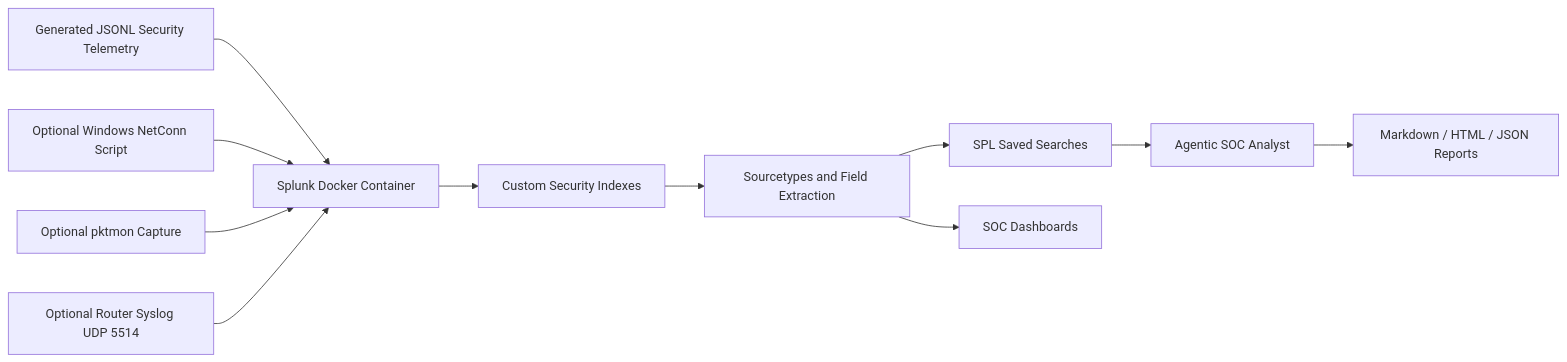
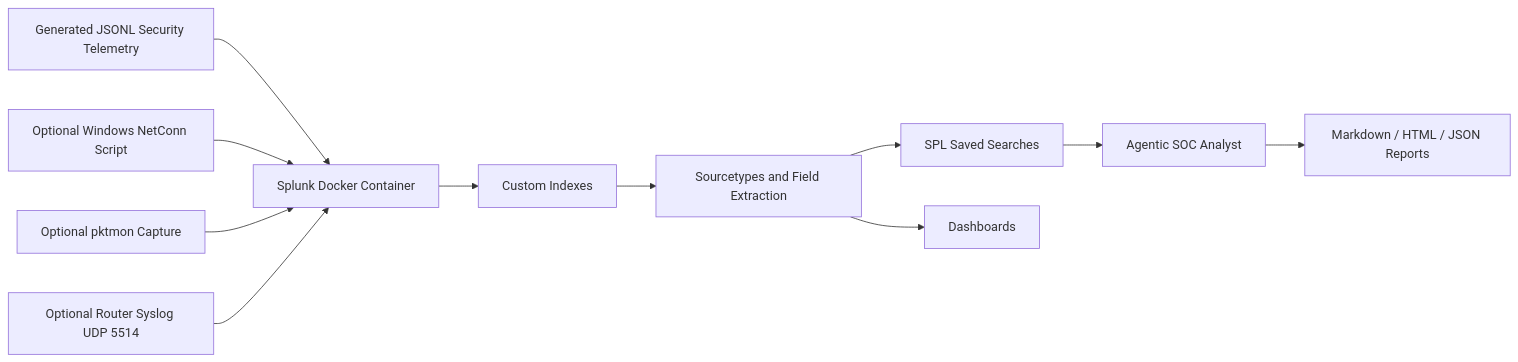
The diagram in README.md (JoelMAnglin/Splunk-Security-Operations-Agentic-Threat-Detection), drawn with Mermaid before and after one commit. The commit also changed other lines of this file and 16 other files, not shown here.

````diff
--- a/README.md
+++ b/README.md
@@ -28,13 +47,13 @@
 ```mermaid
 flowchart LR
     A["Generated JSONL Security Telemetry"] --> B["Splunk Docker Container"]
     H["Optional Windows NetConn Script"] --> B
     I["Optional pktmon Capture"] --> B
     J["Optional Router Syslog UDP 5514"] --> B
-    B --> C["Custom Security Indexes"]
+    B --> C["Custom Indexes"]
     C --> D["Sourcetypes and Field Extraction"]
     D --> E["SPL Saved Searches"]
-    D --> F["SOC Dashboards"]
+    D --> F["Dashboards"]
     E --> G["Agentic SOC Analyst"]
     G --> K["Markdown / HTML / JSON Reports"]
 ```
````
